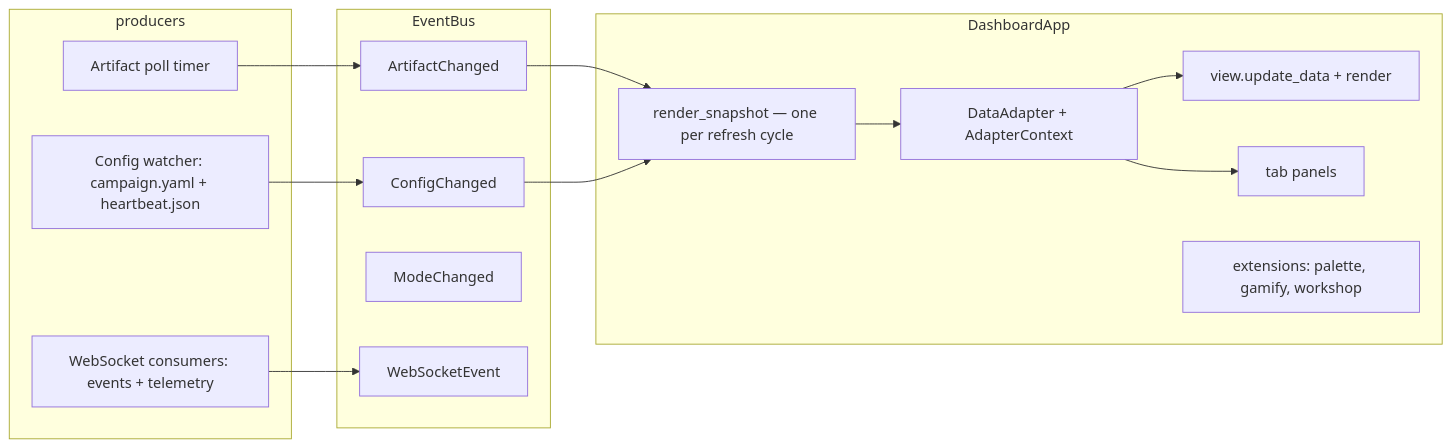
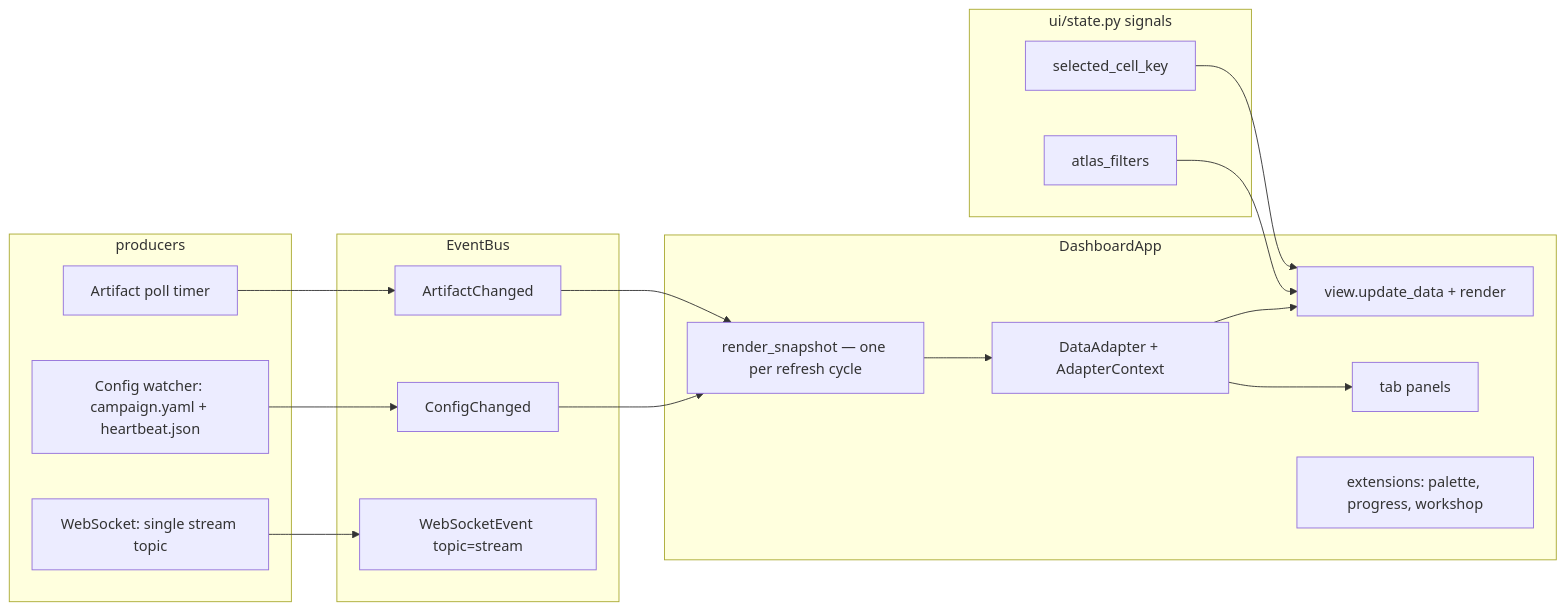
One commit to autonull/computronium changed the diagram in docs/platform/dashboard.md. Above: the diagram before and after it, drawn with Mermaid. The commit also changed other lines of this file and 12 other files, not shown here.

````diff
--- a/docs/platform/dashboard.md
+++ b/docs/platform/dashboard.md
@@ -83,29 +88,34 @@
 ```mermaid
 flowchart LR
     subgraph producers
         POLL[Artifact poll timer]
         CFG[Config watcher: campaign.yaml + heartbeat.json]
-        WS[WebSocket consumers: events + telemetry]
+        WS[WebSocket: single stream topic]
     end
     subgraph bus[EventBus]
         AC[ArtifactChanged]
         CC[ConfigChanged]
-        MC[ModeChanged]
-        WE[WebSocketEvent]
+        WE[WebSocketEvent topic=stream]
     end
     subgraph app[DashboardApp]
         SNAP[render_snapshot — one per refresh cycle]
         ADP[DataAdapter + AdapterContext]
         VIEWS[view.update_data + render]
         TABS[tab panels]
-        EXT[extensions: palette, gamify, workshop]
+        EXT[extensions: palette, progress, workshop]
+    end
+    subgraph interaction[ui/state.py signals]
+        SEL[selected_cell_key]
+        FLT[atlas_filters]
     end
     POLL --> AC
     CFG --> CC
     WS --> WE
     AC --> SNAP
     CC --> SNAP
     SNAP --> ADP
     ADP --> VIEWS
     ADP --> TABS
+    SEL --> VIEWS
+    FLT --> VIEWS
 ```
````
